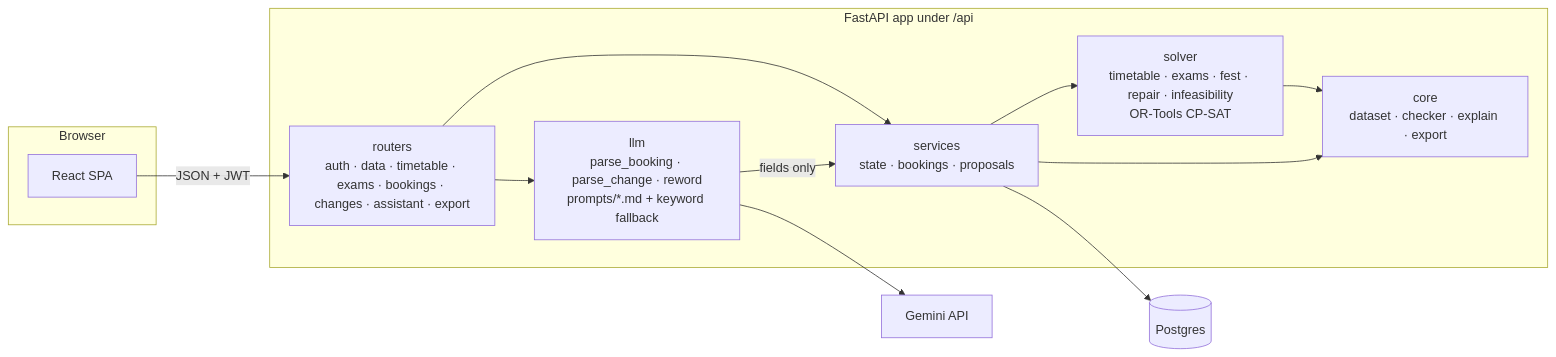
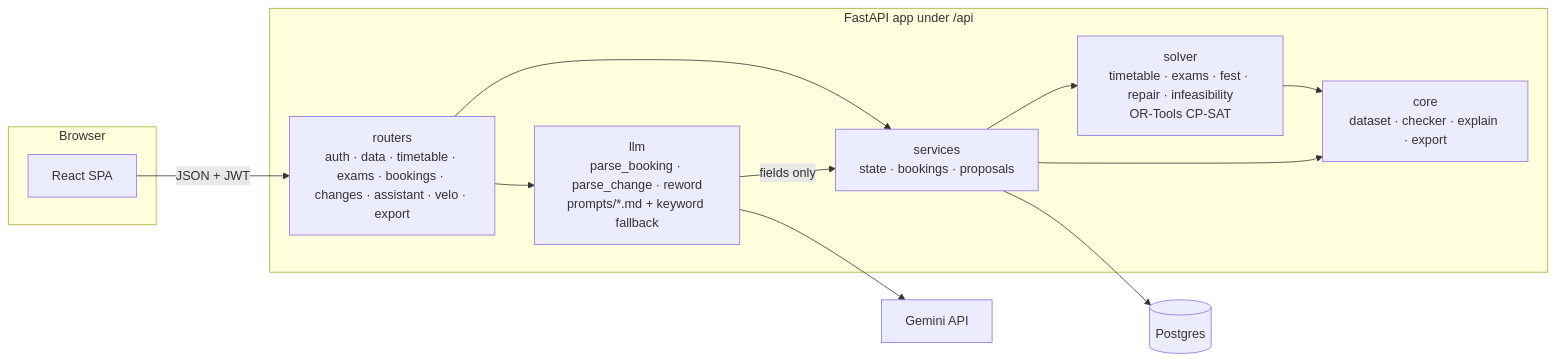
One commit to me-adityaraj8/crunchweek-cit-scheduler changed the diagram in README.md. Above: the diagram before and after it, drawn with Mermaid. The commit also changed other lines of this file and 23 other files, not shown here.

First line of the commit message:
feat: Velo, the assistant on every page

````diff
--- a/README.md
+++ b/README.md
@@ -41,21 +41,21 @@
 ```mermaid
 flowchart LR
   subgraph Browser
     UI[React SPA]
   end
   subgraph Backend[FastAPI app under /api]
-    API[routers<br/>auth · data · timetable · exams · bookings · changes · assistant · export]
+    API[routers<br/>auth · data · timetable · exams · bookings · changes · assistant · velo · export]
     SVC[services<br/>state · bookings · proposals]
     CORE[core<br/>dataset · checker · explain · export]
     SOLV[solver<br/>timetable · exams · fest · repair · infeasibility<br/>OR-Tools CP-SAT]
     LLM[llm<br/>parse_booking · parse_change · reword<br/>prompts/*.md + keyword fallback]
   end
   DB[(Postgres)]
   GEM[Gemini API]
   UI -- JSON + JWT --> API --> SVC
   SVC --> SOLV --> CORE
   SVC --> CORE
   API --> LLM -- fields only --> SVC
   LLM --> GEM
   SVC --> DB
 ```
````
